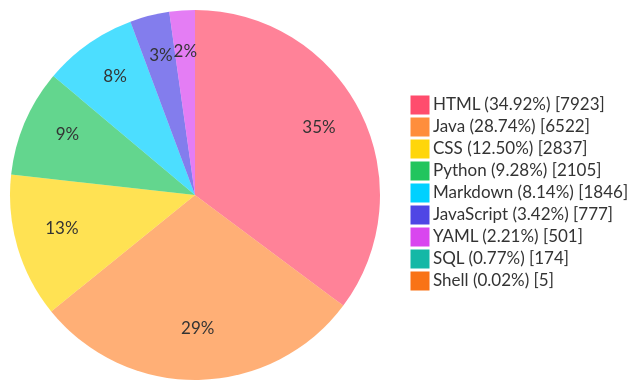
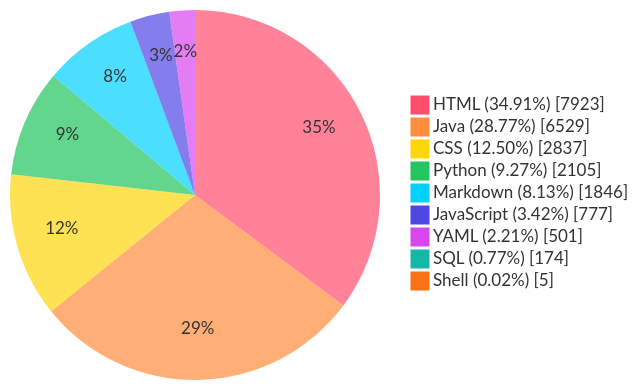
The diagram in README.md (TheBadRoger/BUCT-Teaching-Aids), drawn with Mermaid before and after one commit. The commit also changed other lines of this file and 105 other files, not shown here.

````diff
--- a/README.md
+++ b/README.md
@@ -41,28 +40,28 @@
 ```mermaid
 %%{init: {'theme':'base','themeVariables': {
   'fontFamily': 'Fira Code, JetBrains Mono, Source Code Pro, Cascadia Code, Menlo, Consolas, monospace',
   'pieStrokeColor': 'transparent',
   'pieStrokeWidth': '0px',
   'pieOuterStrokeWidth': '0px',
   'pie1': '#FF4D6D',
   'pie2': '#FF8E3C',
   'pie3': '#FFD60A',
   'pie4': '#22C55E',
   'pie5': '#00D1FF',
   'pie6': '#4F46E5',
   'pie7': '#D946EF',
   'pie8': '#14B8A6',
   'pie9': '#F97316',
   'pie10': '#A855F7'
 }}}%%
 pie showData
-    "HTML (34.92%)" : 7923
-    "Java (28.74%)" : 6522
+    "HTML (34.91%)" : 7923
+    "Java (28.77%)" : 6529
     "CSS (12.50%)" : 2837
-    "Python (9.28%)" : 2105
-    "Markdown (8.14%)" : 1846
+    "Python (9.27%)" : 2105
+    "Markdown (8.13%)" : 1846
     "JavaScript (3.42%)" : 777
     "YAML (2.21%)" : 501
     "SQL (0.77%)" : 174
     "Shell (0.02%)" : 5
 ```
````
